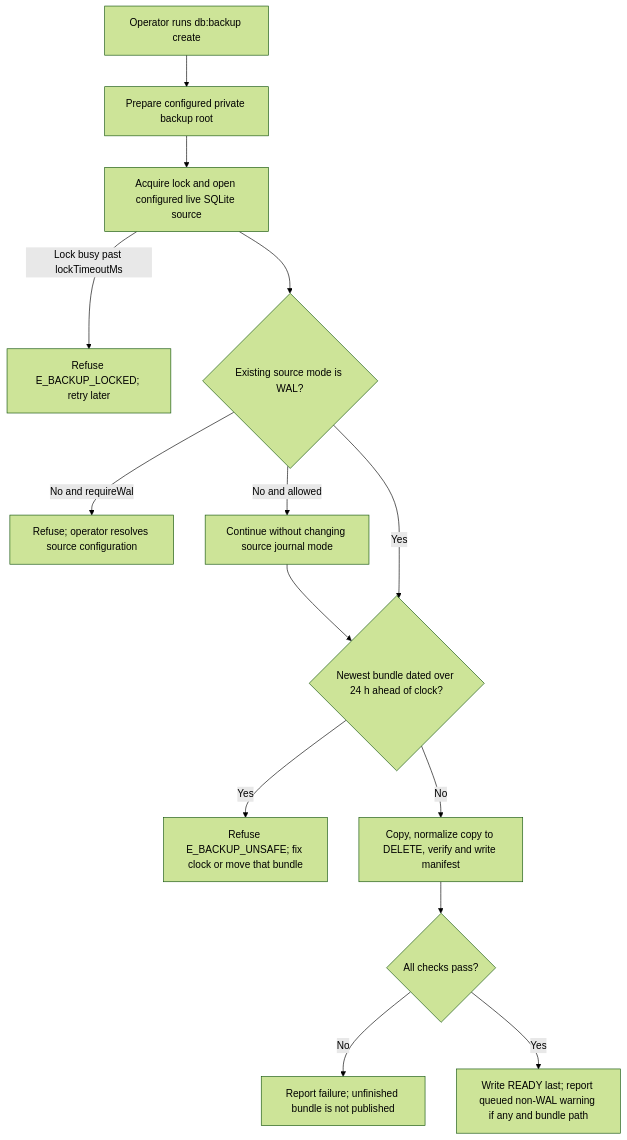
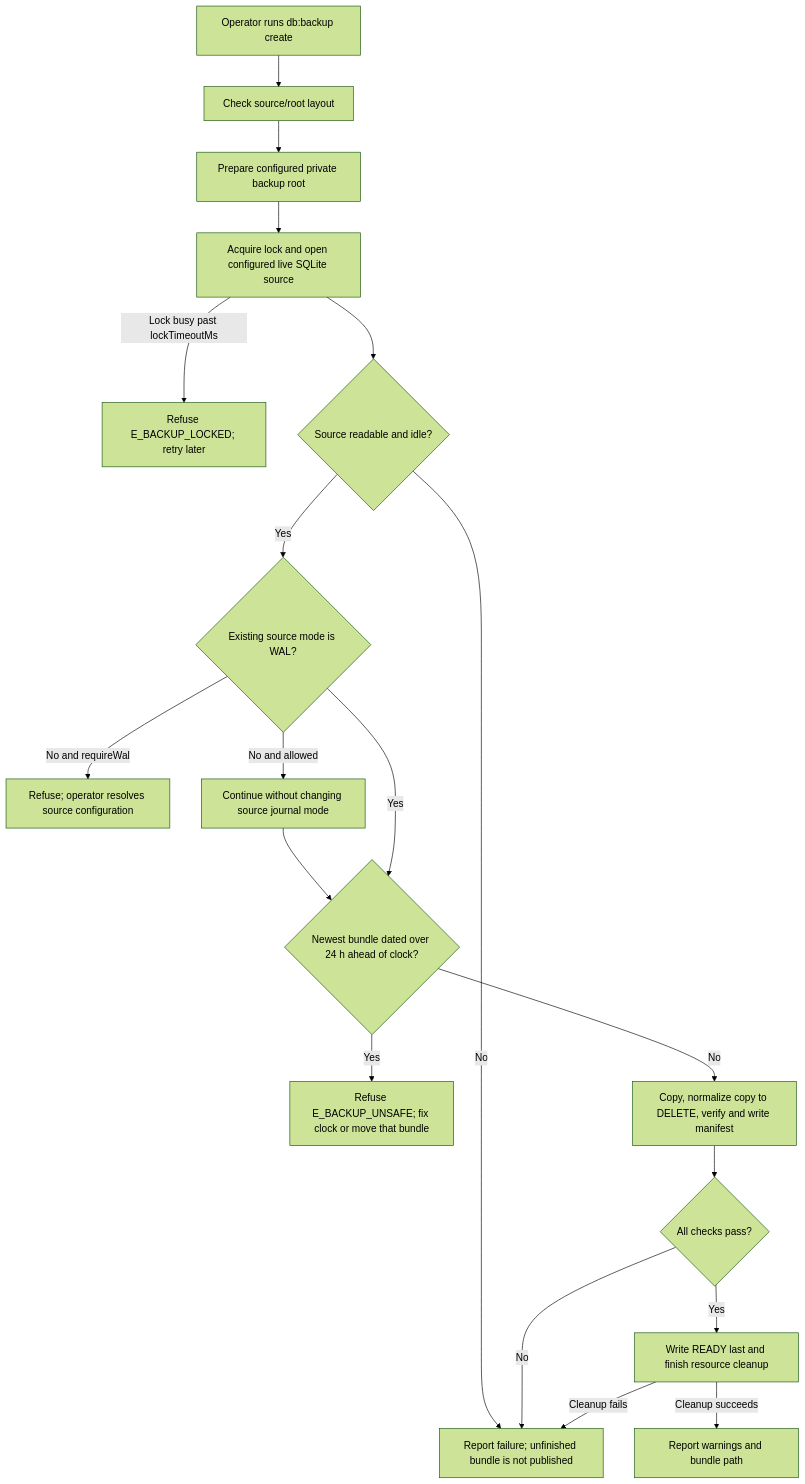
One commit to Kevinjohn/oss-adonisjs-sqlite-backup changed the first of 2 diagrams in user-stories/create-bundle/us-op-01-create-bundle.md. Above: the diagram before and after it, drawn with Mermaid (forest theme). The commit also changed other lines of this file and 12 other files, not shown here.

````diff
--- a/user-stories/create-bundle/us-op-01-create-bundle.md
+++ b/user-stories/create-bundle/us-op-01-create-bundle.md
@@ -24,16 +26,21 @@
 ```mermaid
 flowchart TD
-    A["Operator runs db:backup create"] --> B["Prepare configured private backup root"]
+    A["Operator runs db:backup create"] --> P["Check source/root layout"]
+    P --> B["Prepare configured private backup root"]
     B --> C["Acquire lock and open configured live SQLite source"]
     C -->|Lock busy past lockTimeoutMs| X["Refuse E_BACKUP_LOCKED; retry later"]
-    C --> J{"Existing source mode is WAL?"}
+    C --> O{"Source readable and idle?"}
+    O -->|No| F
+    O -->|Yes| J{"Existing source mode is WAL?"}
     J -->|No and requireWal| K["Refuse; operator resolves source configuration"]
     J -->|No and allowed| L["Continue without changing source journal mode"]
     L --> Y{"Newest bundle dated over 24 h ahead of clock?"}
     J -->|Yes| Y
     Y -->|Yes| Z["Refuse E_BACKUP_UNSAFE; fix clock or move that bundle"]
     Y -->|No| D["Copy, normalize copy to DELETE, verify and write manifest"]
     D --> E{"All checks pass?"}
     E -->|No| F["Report failure; unfinished bundle is not published"]
-    E -->|Yes| G["Write READY last; report queued non-WAL warning if any and bundle path"]
+    E -->|Yes| G["Write READY last and finish resource cleanup"]
+    G -->|Cleanup succeeds| H["Report warnings and bundle path"]
+    G -->|Cleanup fails| F
 ```
````
